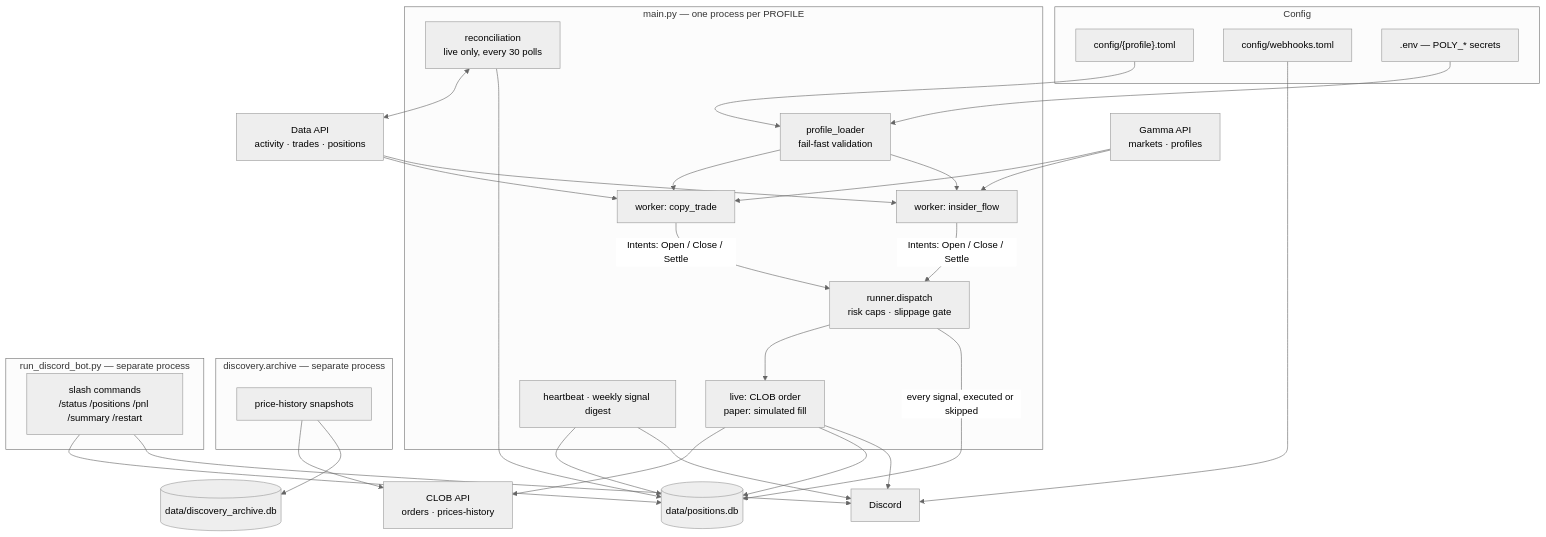
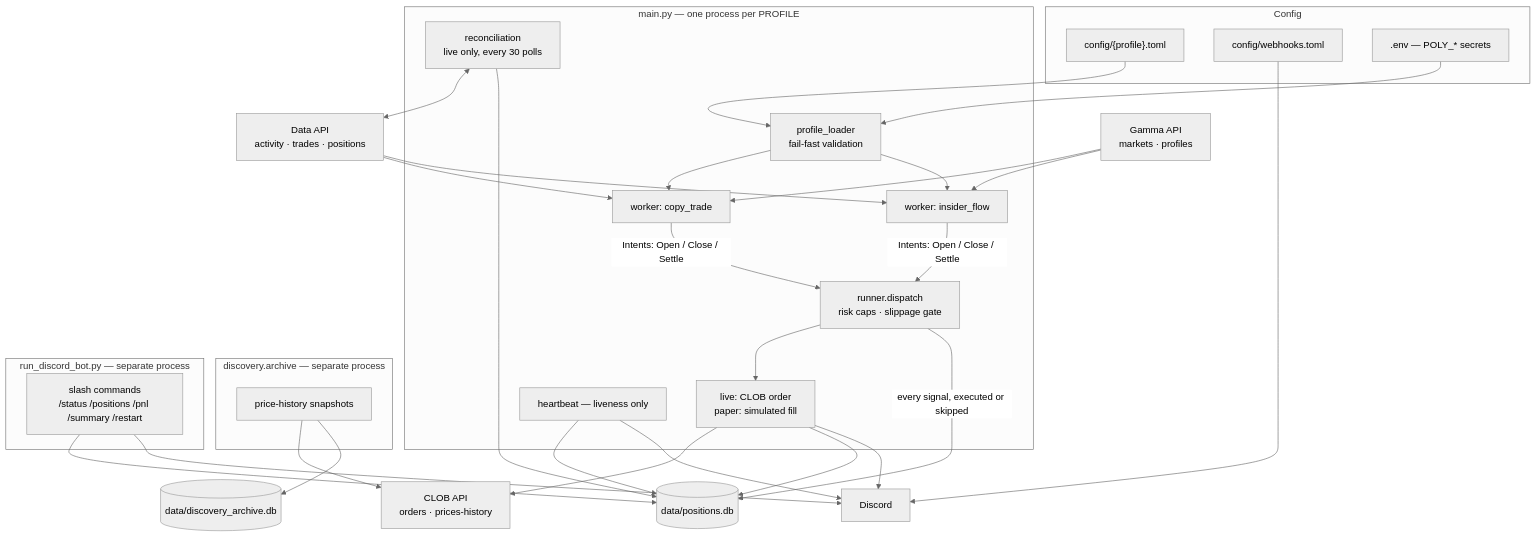
One commit to Rampex1/Polymarket changed the diagram in README.md. Above: the diagram before and after it, drawn with Mermaid (neutral theme). The commit also changed other lines of this file and 8 other files, not shown here.

First line of the commit message:
feat: drop the weekly digest, strip the heartbeat to liveness only

````diff
--- a/README.md
+++ b/README.md
@@ -14,63 +14,63 @@
 ```mermaid
 flowchart TB
     subgraph cfg["Config"]
         TOML["config/{profile}.toml"]
         WH["config/webhooks.toml"]
         ENV[".env — POLY_* secrets"]
     end
 
     subgraph trader["main.py — one process per PROFILE"]
         Loader["profile_loader<br/>fail-fast validation"]
         WA["worker: copy_trade"]
         WB["worker: insider_flow"]
         Runner["runner.dispatch<br/>risk caps · slippage gate"]
         Exec["live: CLOB order<br/>paper: simulated fill"]
         Recon["reconciliation<br/>live only, every 30 polls"]
-        Sched["heartbeat · weekly signal digest"]
+        Sched["heartbeat — liveness only"]
     end
 
     subgraph archiver["discovery.archive — separate process"]
         Snap["price-history snapshots"]
     end
 
     subgraph dbot["run_discord_bot.py — separate process"]
         Slash["slash commands<br/>/status /positions /pnl /summary /restart"]
     end
 
     Data["Data API<br/>activity · trades · positions"]
     Gamma["Gamma API<br/>markets · profiles"]
     CLOB["CLOB API<br/>orders · prices-history"]
     PDB[("data/positions.db")]
     ADB[("data/discovery_archive.db")]
     Discord["Discord"]
 
     TOML --> Loader
     ENV --> Loader
     Loader --> WA
     Loader --> WB
 
     Data --> WA
     Data --> WB
     Gamma --> WA
     Gamma --> WB
 
     WA -- "Intents: Open / Close / Settle" --> Runner
     WB -- "Intents: Open / Close / Settle" --> Runner
     Runner --> Exec
     Runner -- "every signal, executed or skipped" --> PDB
     Exec --> CLOB
     Exec --> PDB
     Exec --> Discord
 
     Recon <--> Data
     Recon --> PDB
     Sched --> PDB
     Sched --> Discord
     WH --> Discord
 
     Snap --> CLOB
     Snap --> ADB
 
     Slash --> PDB
     Slash --> Discord
 ```
````
